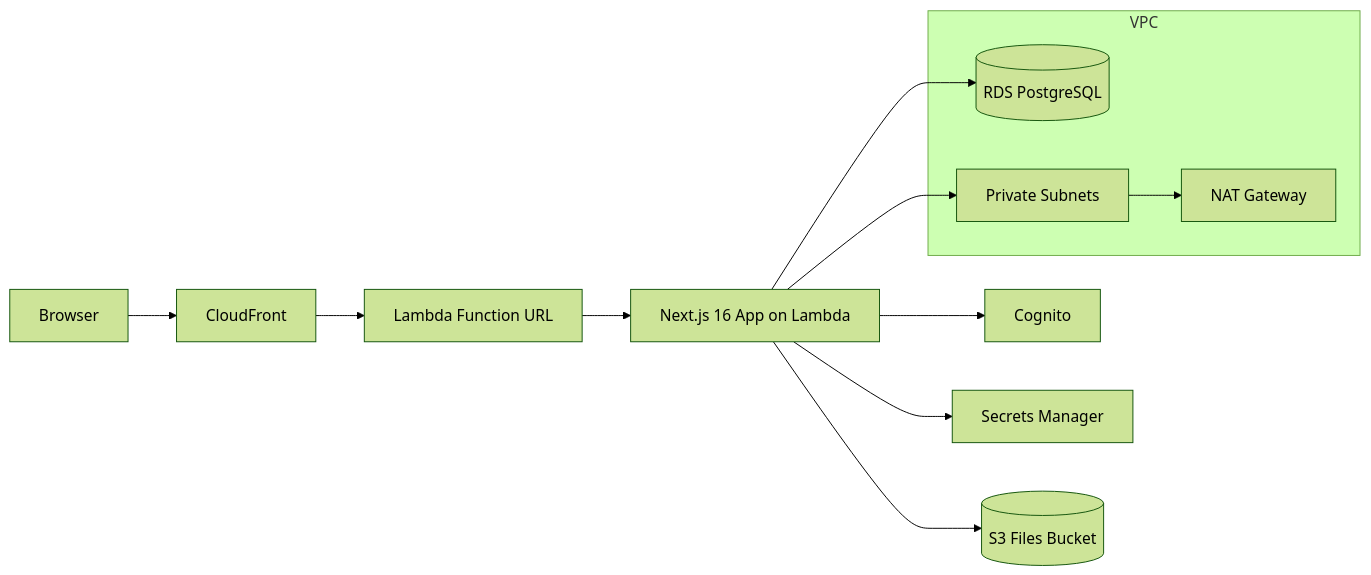
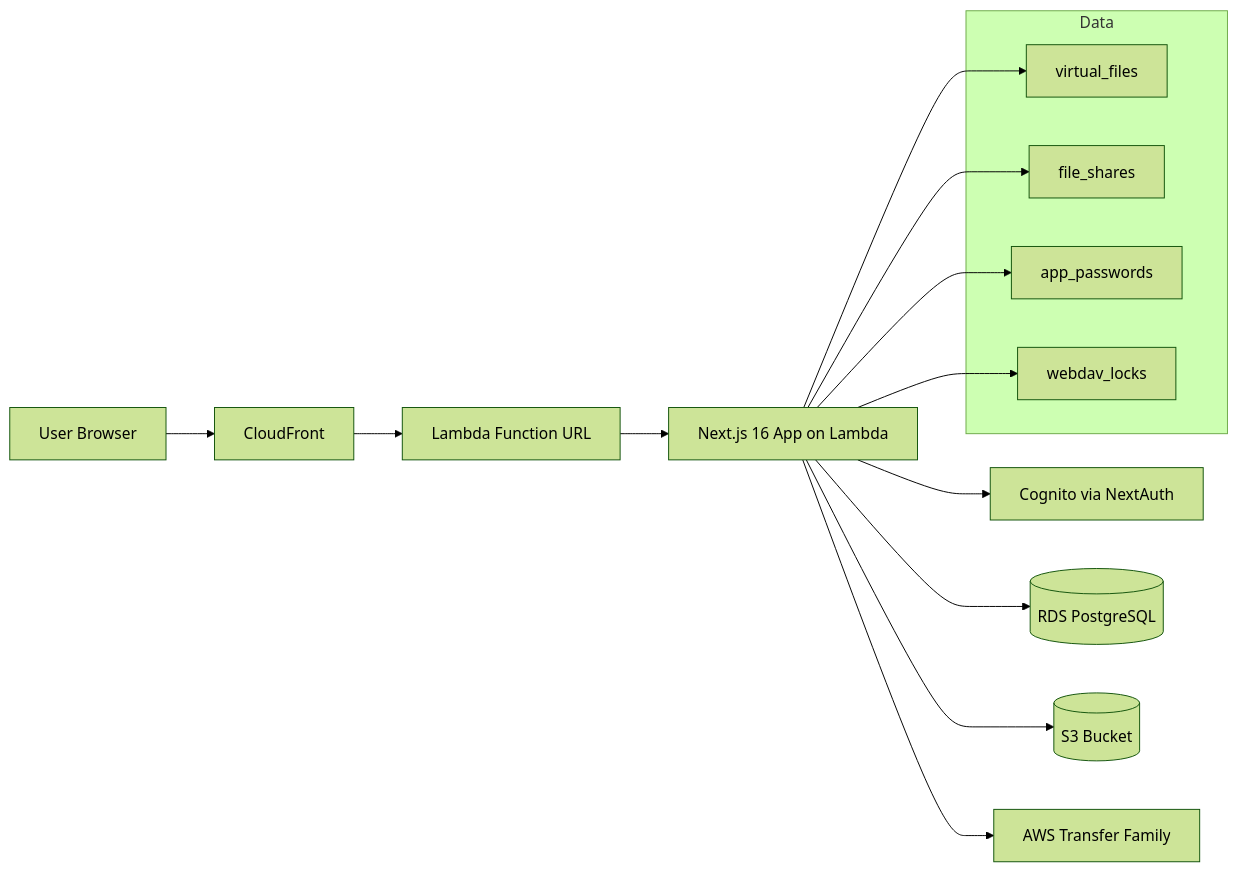
Before and after one commit to joeyf116/navara-strategy: the diagram in README.md, drawn with Mermaid (forest theme). The commit also changed other lines of this file and 23 other files, not shown here.

````diff
--- a/README.md
+++ b/README.md
@@ -7,20 +7,23 @@
 ```mermaid
 flowchart LR
-    User[Browser] --> CF[CloudFront]
-    CF --> LURL[Lambda Function URL]
-    LURL --> L[Next.js 16 App on Lambda]
+    U[User Browser] --> CF[CloudFront]
+    CF --> LFU[Lambda Function URL]
+    LFU --> APP[Next.js 16 App on Lambda]
 
-    L --> COG[Cognito]
-    L --> SM[Secrets Manager]
-    L --> RDS[(RDS PostgreSQL)]
-    L --> S3[(S3 Files Bucket)]
+    APP --> COG[Cognito via NextAuth]
+    APP --> RDS[(RDS PostgreSQL)]
+    APP --> S3[(S3 Bucket)]
+    APP --> TF[AWS Transfer Family]
 
-    subgraph VPC
-      PSN[Private Subnets]
-      NAT[NAT Gateway]
-      RDS
+    subgraph Data
+      VF[virtual_files]
+      FS[file_shares]
+      AP[app_passwords]
+      WL[webdav_locks]
     end
 
-    L --> PSN
-    PSN --> NAT
+    APP --> VF
+    APP --> FS
+    APP --> AP
+    APP --> WL
 ```
````
